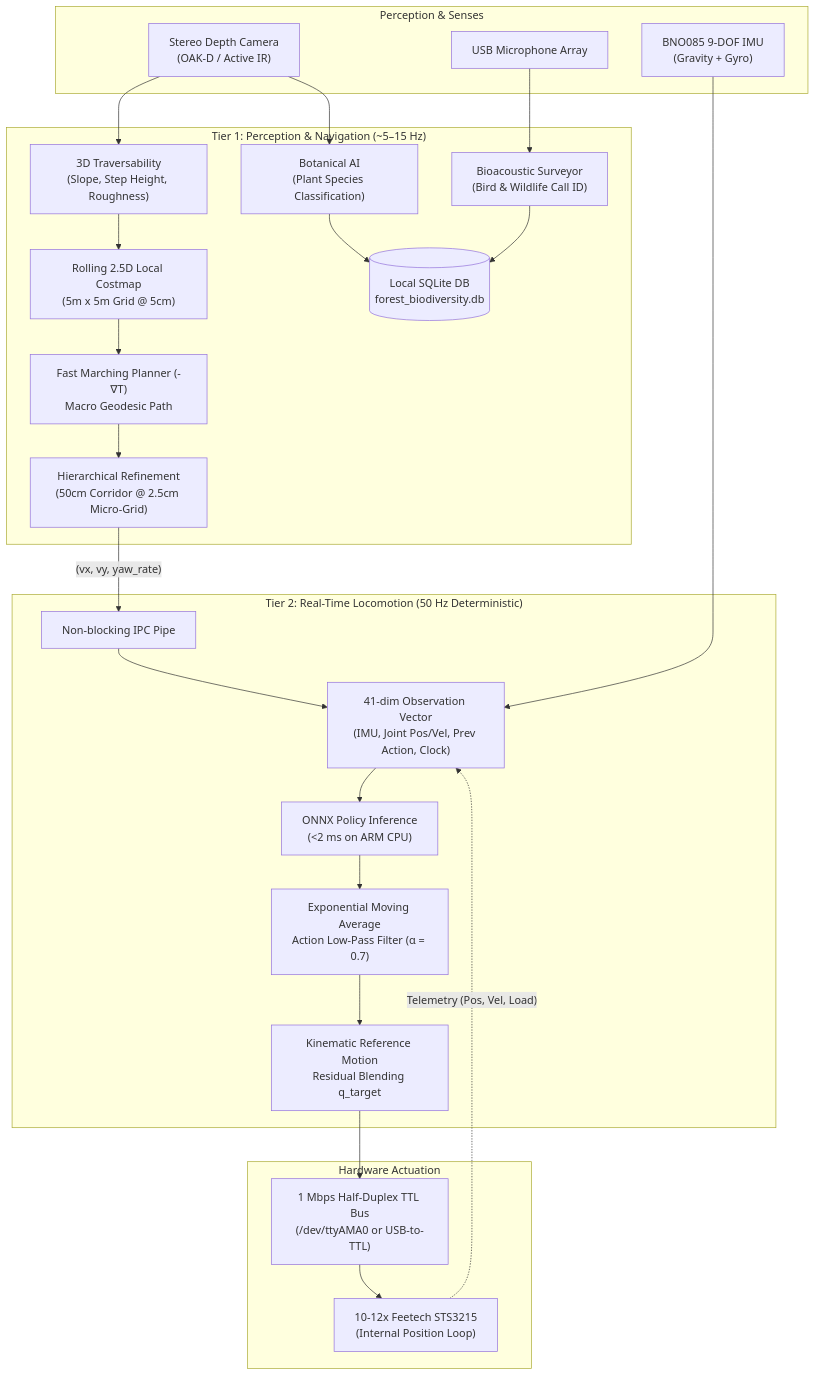
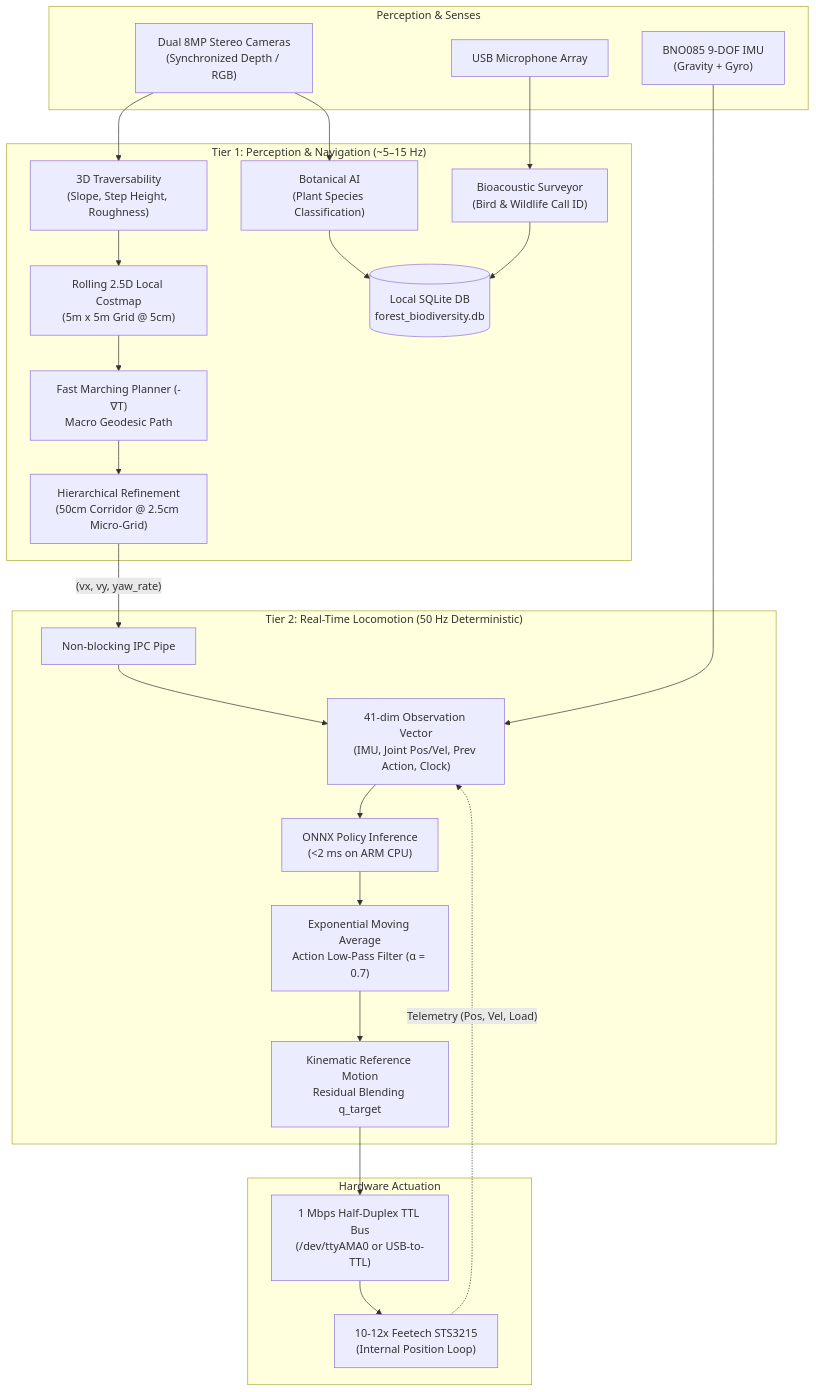
Before and after one commit to teddyprendergast-pixel/Nadir: the diagram in README.md, drawn with Mermaid. The commit also changed other lines of this file and 4 other files, not shown here.

Commit message:
Update vision subsystem from OAK-D Lite to dual 8MP stereo cameras

````diff
--- a/README.md
+++ b/README.md
@@ -76,40 +76,40 @@
 ```mermaid
 flowchart TD
     subgraph Sensors["Perception & Senses"]
-        CAM["Stereo Depth Camera<br/>(OAK-D / Active IR)"]
+        CAM["Dual 8MP Stereo Cameras<br/>(Synchronized Depth / RGB)"]
         MIC["USB Microphone Array"]
         IMU["BNO085 9-DOF IMU<br/>(Gravity + Gyro)"]
     end
 
     subgraph HighLevel["Tier 1: Perception & Navigation (~5–15 Hz)"]
         TRAV["3D Traversability<br/>(Slope, Step Height, Roughness)"]
         COST["Rolling 2.5D Local Costmap<br/>(5m x 5m Grid @ 5cm)"]
         PLAN["Fast Marching Planner (-∇T)<br/>Macro Geodesic Path"]
         REFINE["Hierarchical Refinement<br/>(50cm Corridor @ 2.5cm Micro-Grid)"]
         PLANT["Botanical AI<br/>(Plant Species Classification)"]
         AUDIO["Bioacoustic Surveyor<br/>(Bird & Wildlife Call ID)"]
         DB[("Local SQLite DB<br/>forest_biodiversity.db")]
     end
 
     subgraph LowLevel["Tier 2: Real-Time Locomotion (50 Hz Deterministic)"]
         PIPE["Non-blocking IPC Pipe"]
         OBS["41-dim Observation Vector<br/>(IMU, Joint Pos/Vel, Prev Action, Clock)"]
         ACTOR["ONNX Policy Inference<br/>(&lt;2 ms on ARM CPU)"]
         FILTER["Exponential Moving Average<br/>Action Low-Pass Filter (α = 0.7)"]
         REF["Kinematic Reference Motion<br/>Residual Blending q_target"]
     end
 
     subgraph Actuation["Hardware Actuation"]
         UART["1 Mbps Half-Duplex TTL Bus<br/>(/dev/ttyAMA0 or USB-to-TTL)"]
         SERVOS["10-12x Feetech STS3215<br/>(Internal Position Loop)"]
     end
 
     CAM --> TRAV --> COST --> PLAN --> REFINE
     CAM --> PLANT --> DB
     MIC --> AUDIO --> DB
     REFINE -->|"(vx, vy, yaw_rate)"| PIPE
     PIPE --> OBS
     IMU --> OBS
     SERVOS -.->|"Telemetry (Pos, Vel, Load)"| OBS
     OBS --> ACTOR --> FILTER --> REF --> UART --> SERVOS
 ```
````
